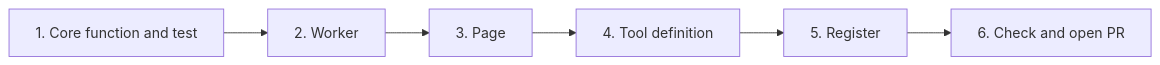
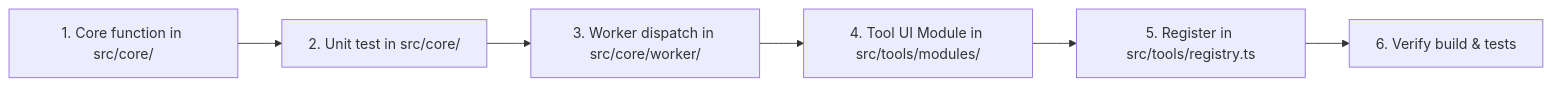
One commit to intabtools/intabpdf changed the diagram in docs/adding-a-tool.md. Above: the diagram before and after it, drawn with Mermaid. The commit also changed other lines of this file and 75 other files, not shown here.

Commit message:
core: add local PDF processing and six PDF tools

````diff
--- a/docs/adding-a-tool.md
+++ b/docs/adding-a-tool.md
@@ -9,8 +9,8 @@
 ```mermaid
 flowchart LR
-    A["1. Core function and test"] --> B["2. Worker"]
-    B --> C["3. Page"]
-    C --> D["4. Tool definition"]
-    D --> E["5. Register"]
-    E --> F["6. Check and open PR"]
+    A["1. Core function in src/core/"] --> B["2. Unit test in src/core/"]
+    B --> C["3. Worker dispatch in src/core/worker/"]
+    C --> D["4. Tool UI Module in src/tools/modules/"]
+    D --> E["5. Register in src/tools/registry.ts"]
+    E --> F["6. Verify build & tests"]
 ```
````
